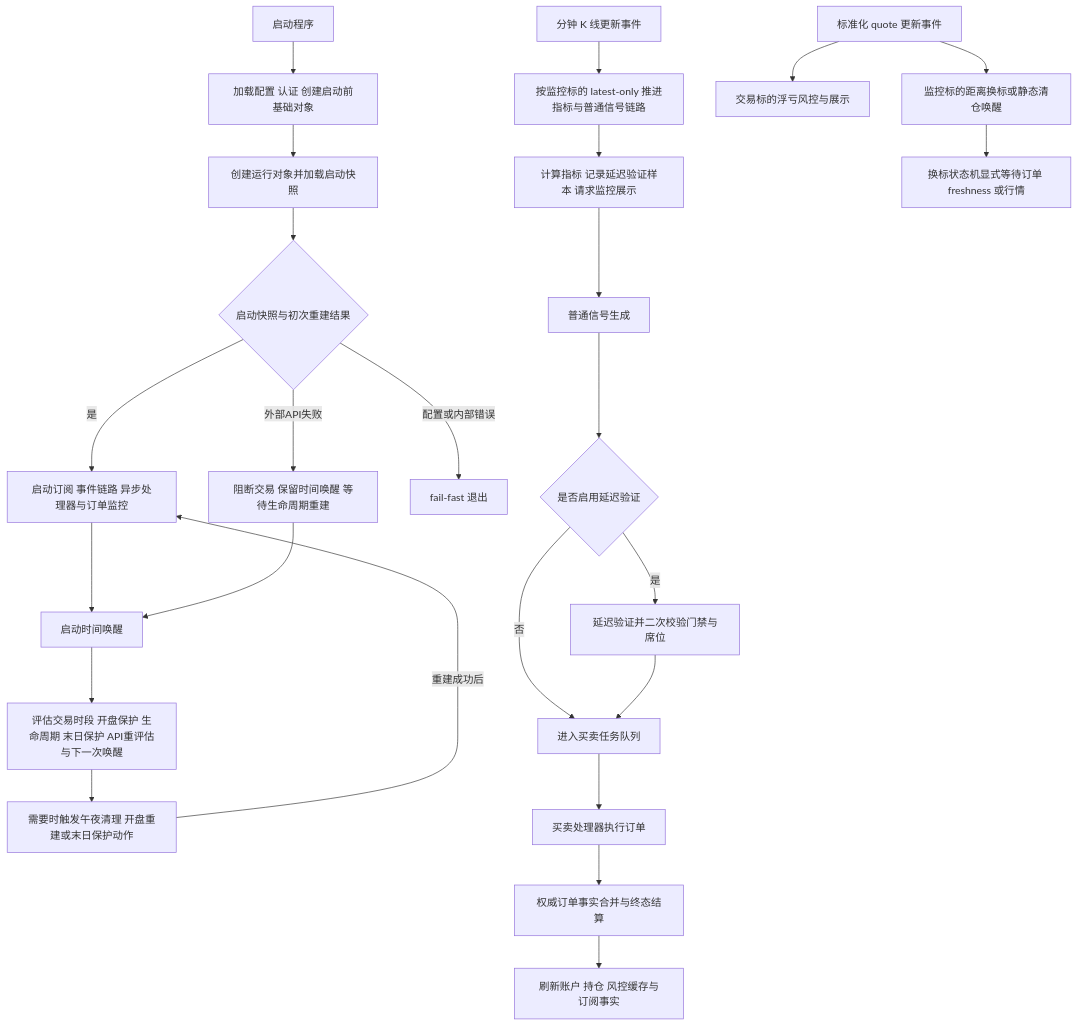
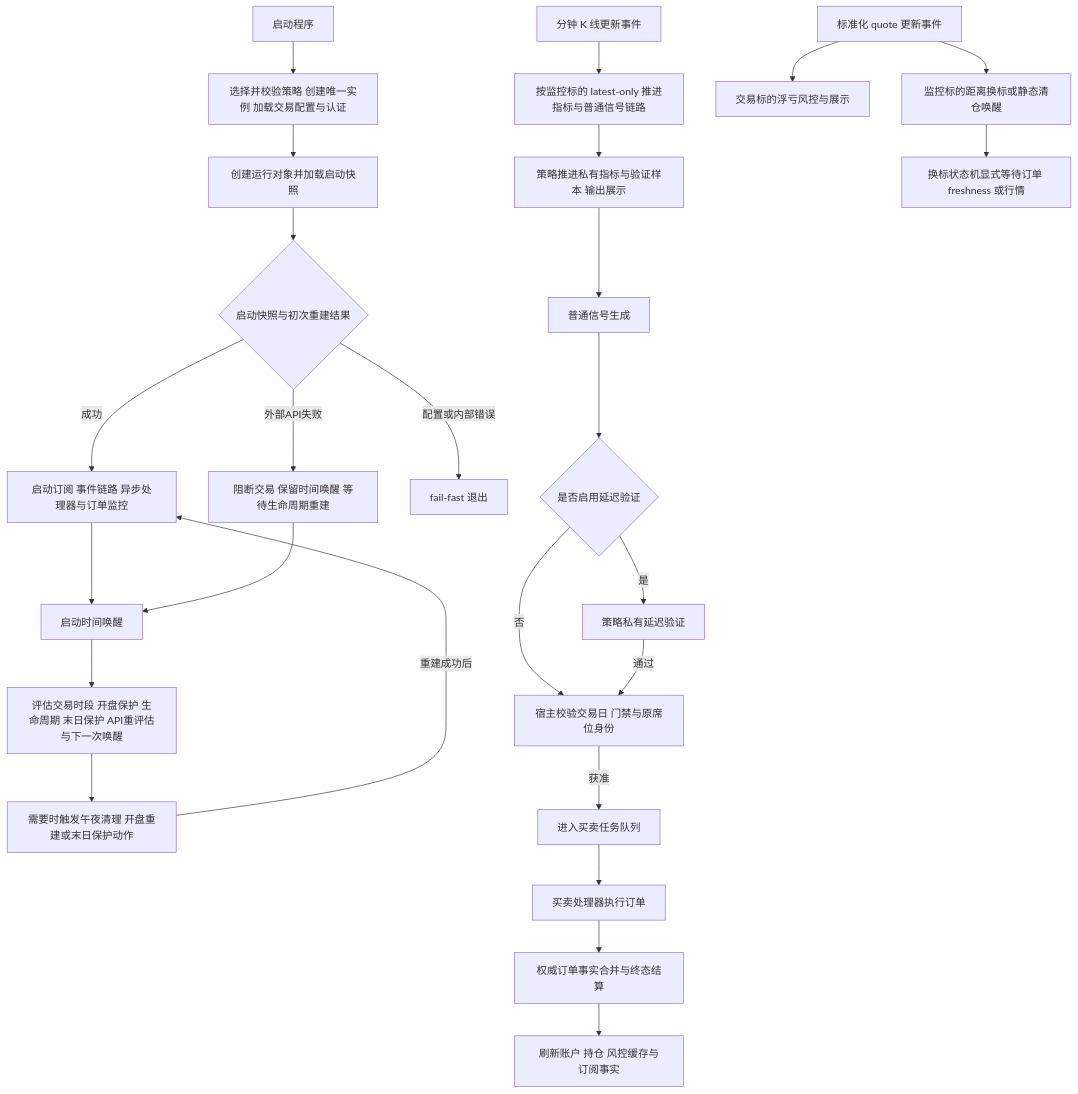
The diagram in README.md (zhengyongjie16/HSI-Strategy-Trading), drawn with Mermaid before and after one commit. The commit also changed other lines of this file and 3 other files, not shown here.

````diff
--- a/README.md
+++ b/README.md
@@ -208,29 +209,30 @@
 ```mermaid
 flowchart TD
-    A[启动程序] --> B[加载配置 认证 创建启动前基础对象]
+    A[启动程序] --> B[选择并校验策略 创建唯一实例 加载交易配置与认证]
     B --> C[创建运行对象并加载启动快照]
     C --> D{启动快照与初次重建结果}
-    D -- 是 --> E[启动订阅 事件链路 异步处理器与订单监控]
+    D -- 成功 --> E[启动订阅 事件链路 异步处理器与订单监控]
     D -- 外部API失败 --> F[阻断交易 保留时间唤醒 等待生命周期重建]
     D -- 配置或内部错误 --> X[fail-fast 退出]
     E --> G[启动时间唤醒]
     F --> G
     G --> H[评估交易时段 开盘保护 生命周期 末日保护 API重评估与下一次唤醒]
     H --> I[需要时触发午夜清理 开盘重建或末日保护动作]
     I -->|重建成功后| E
 
     J[分钟 K 线更新事件] --> K[按监控标的 latest-only 推进指标与普通信号链路]
-    K --> L[计算指标 记录延迟验证样本 请求监控展示]
+    K --> L[策略推进私有指标与验证样本 输出展示]
     L --> M[普通信号生成]
     M --> N{是否启用延迟验证}
-    N -- 否 --> O[进入买卖任务队列]
-    N -- 是 --> P[延迟验证并二次校验门禁与席位]
-    P --> O
+    N -- 否 --> Q[宿主校验交易日 门禁与原席位身份]
+    N -- 是 --> P[策略私有延迟验证]
+    P -->|通过| Q
+    Q -->|获准| O[进入买卖任务队列]
 
     R[标准化 quote 更新事件] --> S[交易标的浮亏风控与展示]
     R --> V[监控标的距离换标或静态清仓唤醒]
     V --> W[换标状态机显式等待订单 freshness 或行情]
     O --> T[买卖处理器执行订单]
     T --> U[权威订单事实合并与终态结算]
     U --> Z[刷新账户 持仓 风控缓存与订阅事实]
 ```
````
